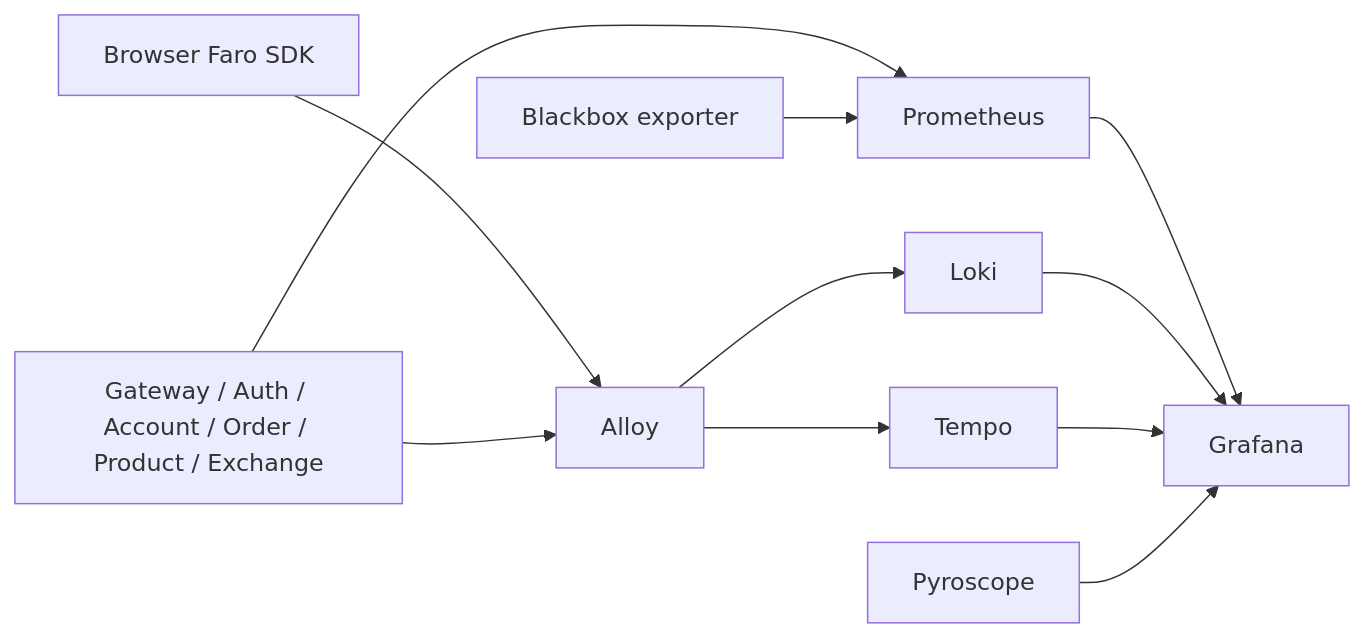
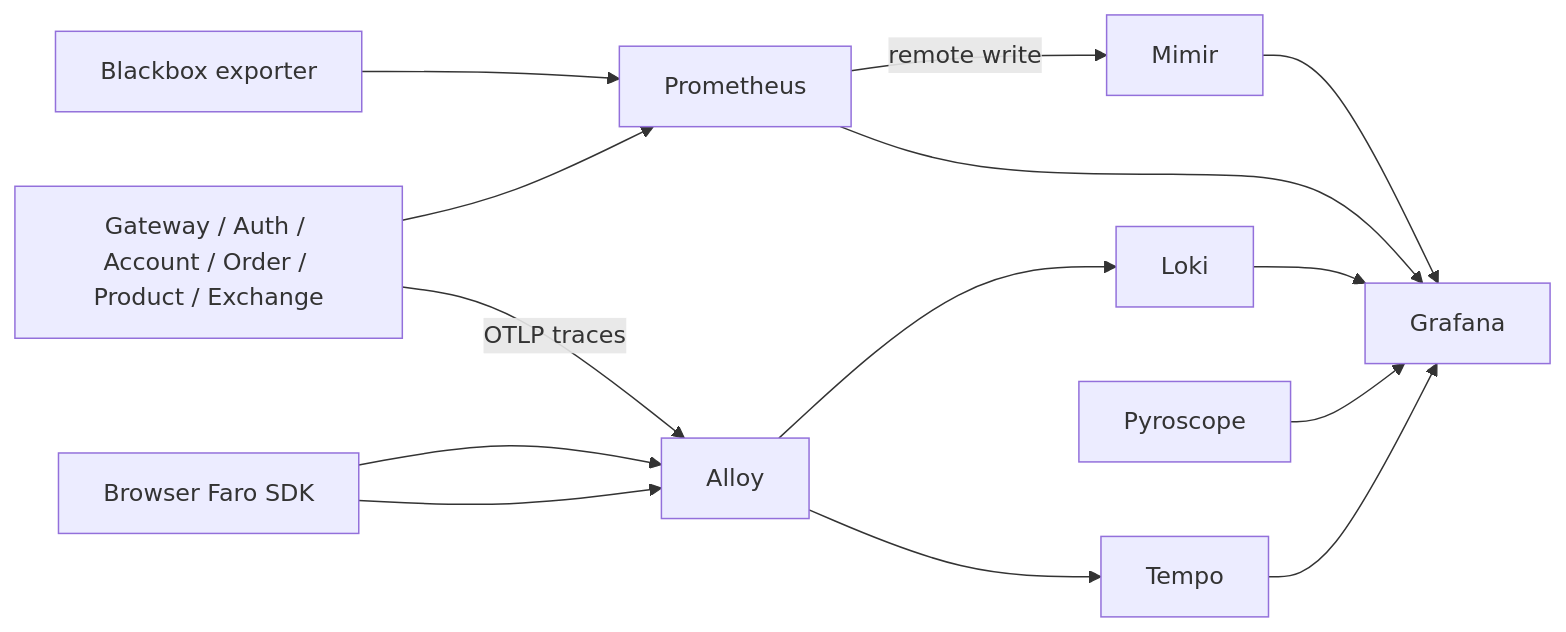
One commit to Microsserv52/platform changed the diagram in docs/operations/observability.md. Above: the diagram before and after it, drawn with Mermaid. The commit also changed other lines of this file and 57 other files, not shown here.

````diff
--- a/docs/operations/observability.md
+++ b/docs/operations/observability.md
@@ -66,13 +70,16 @@
 ```mermaid
 flowchart LR
     browser[Browser Faro SDK] --> alloy[Alloy]
     services[Gateway / Auth / Account / Order / Product / Exchange] --> prom[Prometheus]
-    services --> alloy
+    services -->|OTLP traces| alloy[Alloy]
+    browser --> alloy
+    prom -->|remote write| mimir[Mimir]
     alloy --> loki[Loki]
     alloy --> tempo[Tempo]
     prom --> grafana[Grafana]
+    mimir --> grafana
     loki --> grafana
     tempo --> grafana
     pyroscope[Pyroscope] --> grafana
     blackbox[Blackbox exporter] --> prom
 ```
````
